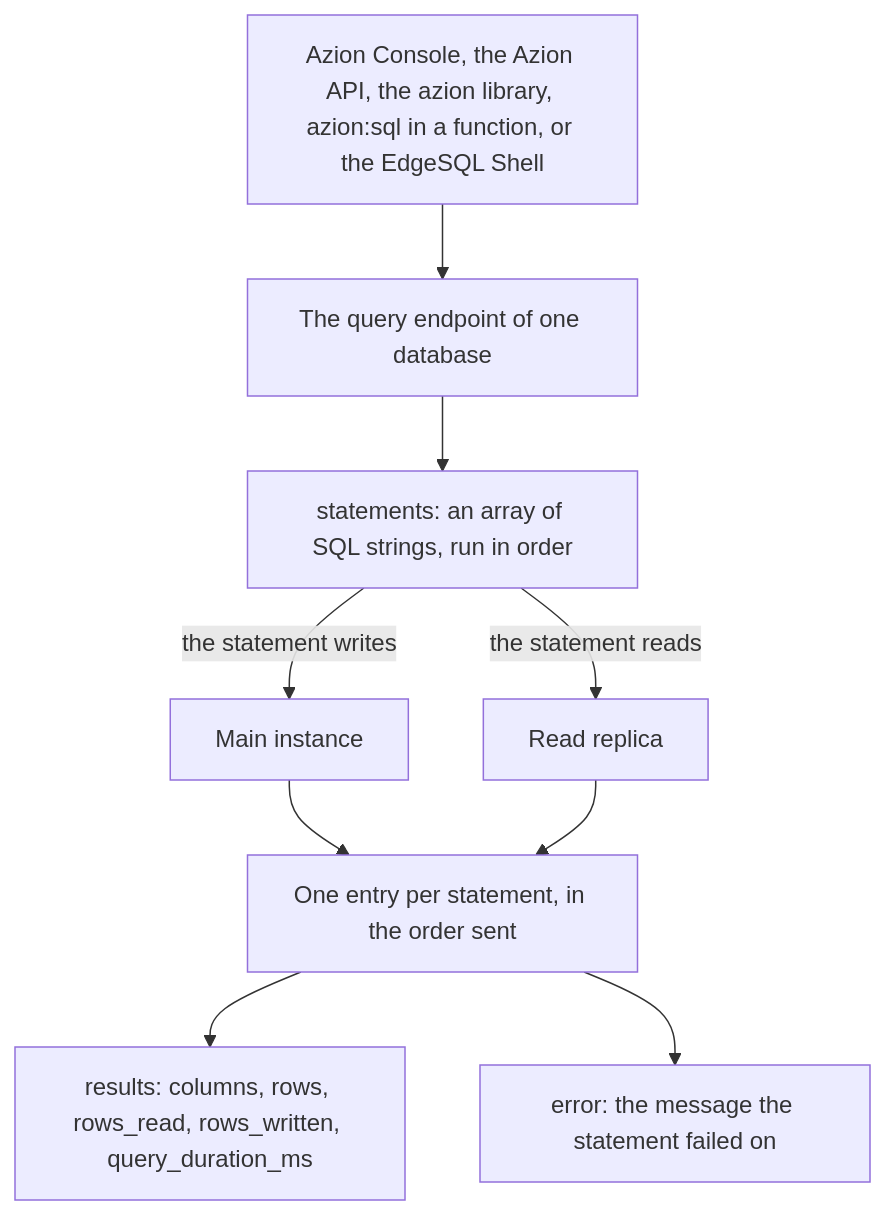
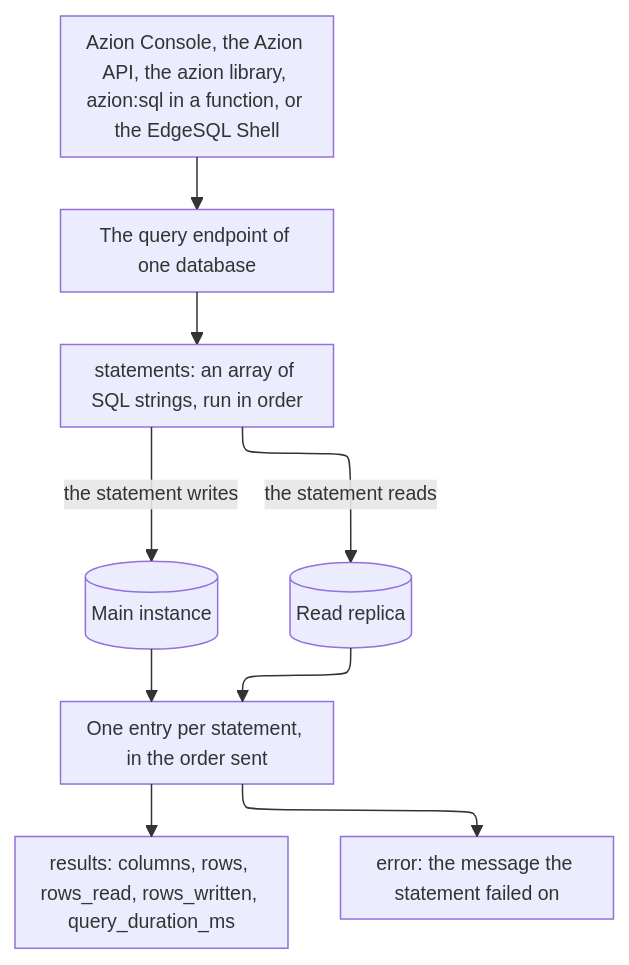
Before and after one commit to aziontech/docs: the diagram in apps/docs/src/content/docs/en/pages/main-menu/reference/store/edge-sql/edge-sql.mdx, drawn with Mermaid. The commit also changed 179 other files, not shown here.

Commit message:
docs(diagrams): redraw every other diagram in the use-case diagram style (#2513)

````diff
--- a/apps/docs/src/content/docs/en/pages/main-menu/reference/store/edge-sql/edge-sql.mdx
+++ b/apps/docs/src/content/docs/en/pages/main-menu/reference/store/edge-sql/edge-sql.mdx
@@ -71,11 +71,12 @@
 ```mermaid
+%%{init: {"layout": "elk", "themeVariables": {"fontSize": "13px"}, "flowchart": {"nodeSpacing": 24, "rankSpacing": 36, "padding": 8, "wrappingWidth": 150, "useMaxWidth": true}, "sequence": {"width": 120, "actorMargin": 30, "useMaxWidth": true}}}%%
 flowchart TD
   Caller["Azion Console, the Azion API, the azion library, azion:sql in a function, or the EdgeSQL Shell"] --> Endpoint["The query endpoint of one database"]
   Endpoint --> Statements["statements: an array of SQL strings, run in order"]
-  Statements -->|"the statement writes"| Main["Main instance"]
-  Statements -->|"the statement reads"| Replica["Read replica"]
+  Statements -->|"the statement writes"| Main[("Main instance")]
+  Statements -->|"the statement reads"| Replica[("Read replica")]
   Main --> Entry["One entry per statement, in the order sent"]
   Replica --> Entry
   Entry --> Results["results: columns, rows, rows_read, rows_written, query_duration_ms"]
   Entry --> Error["error: the message the statement failed on"]
 ```
````
